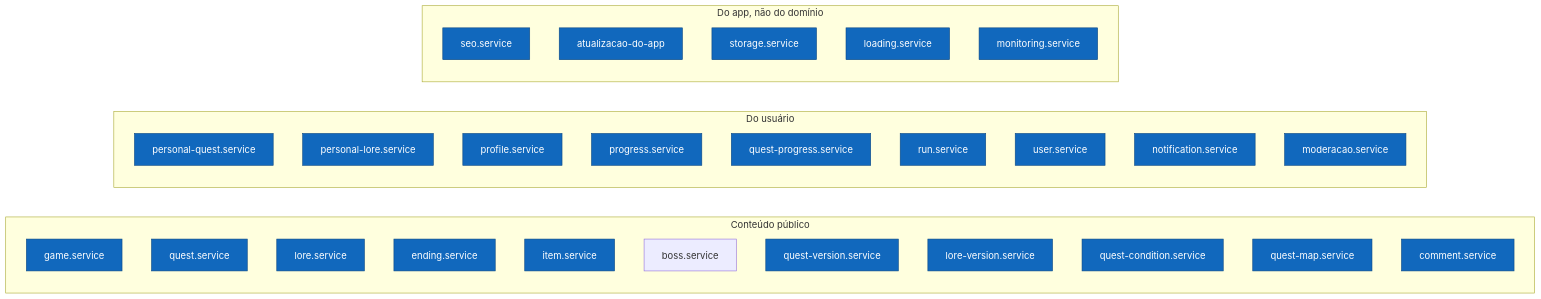
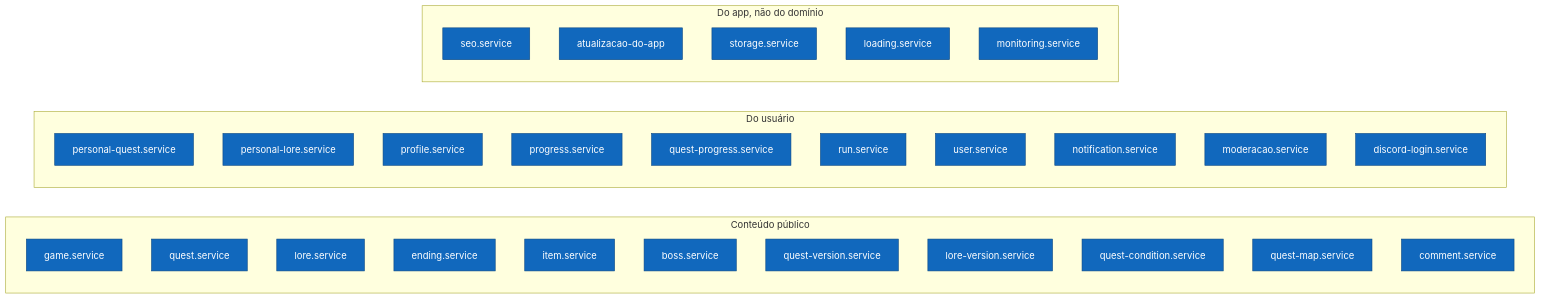
One commit to xcorpiiion/souls-guide-front changed the second of 3 diagrams in docs/arquitetura/c4-3-componentes-front.md. Above: the diagram before and after it, drawn with Mermaid. The commit also changed other lines of this file and 50 other files, not shown here.

First line of the commit message:
feat(front): login com Discord, contribuidores por jogo e quest sem status

````diff
--- a/docs/arquitetura/c4-3-componentes-front.md
+++ b/docs/arquitetura/c4-3-componentes-front.md
@@ -68,39 +68,40 @@
 ```mermaid
 flowchart LR
     subgraph conteudo ["Conteúdo público"]
         game["game.service"]
         quest["quest.service"]
         lore["lore.service"]
         ending["ending.service"]
         item["item.service"]
         boss["boss.service"]
         questVersion["quest-version.service"]
         loreVersion["lore-version.service"]
         questCondition["quest-condition.service"]
         questMap["quest-map.service"]
         comment["comment.service"]
     end
 
     subgraph pessoal ["Do usuário"]
         personalQuest["personal-quest.service"]
         personalLore["personal-lore.service"]
         profile["profile.service"]
         progress["progress.service"]
         questProgress["quest-progress.service"]
         run["run.service"]
         user["user.service"]
         notification["notification.service"]
         moderacao["moderacao.service"]
+        discordLogin["discord-login.service"]
     end
 
     subgraph infra ["Do app, não do domínio"]
         seo["seo.service"]
         atualizacao["atualizacao-do-app"]
         storage["storage.service"]
         loading["loading.service"]
         monitoring["monitoring.service"]
     end
 
     classDef s fill:#1168bd,stroke:#0b4884,color:#fff
-    class game,quest,lore,ending,item,questVersion,loreVersion,questCondition,questMap,comment,personalQuest,personalLore,profile,progress,questProgress,run,user,notification,moderacao,seo,atualizacao,storage,loading,monitoring s
+    class game,quest,lore,ending,item,boss,questVersion,loreVersion,questCondition,questMap,comment,personalQuest,personalLore,profile,progress,questProgress,run,user,notification,moderacao,discordLogin,seo,atualizacao,storage,loading,monitoring s
 ```
````
